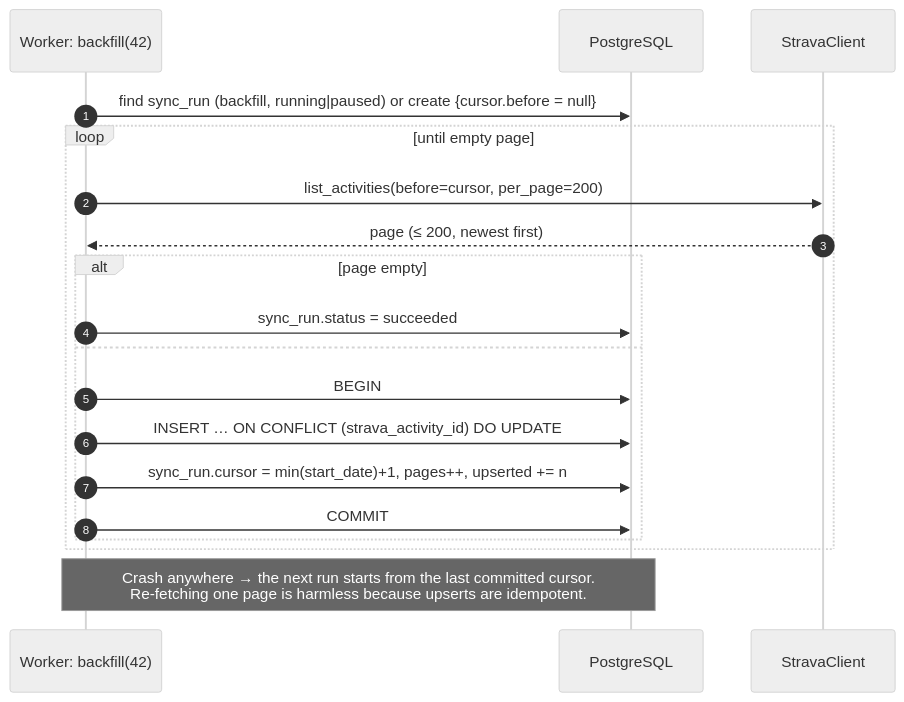
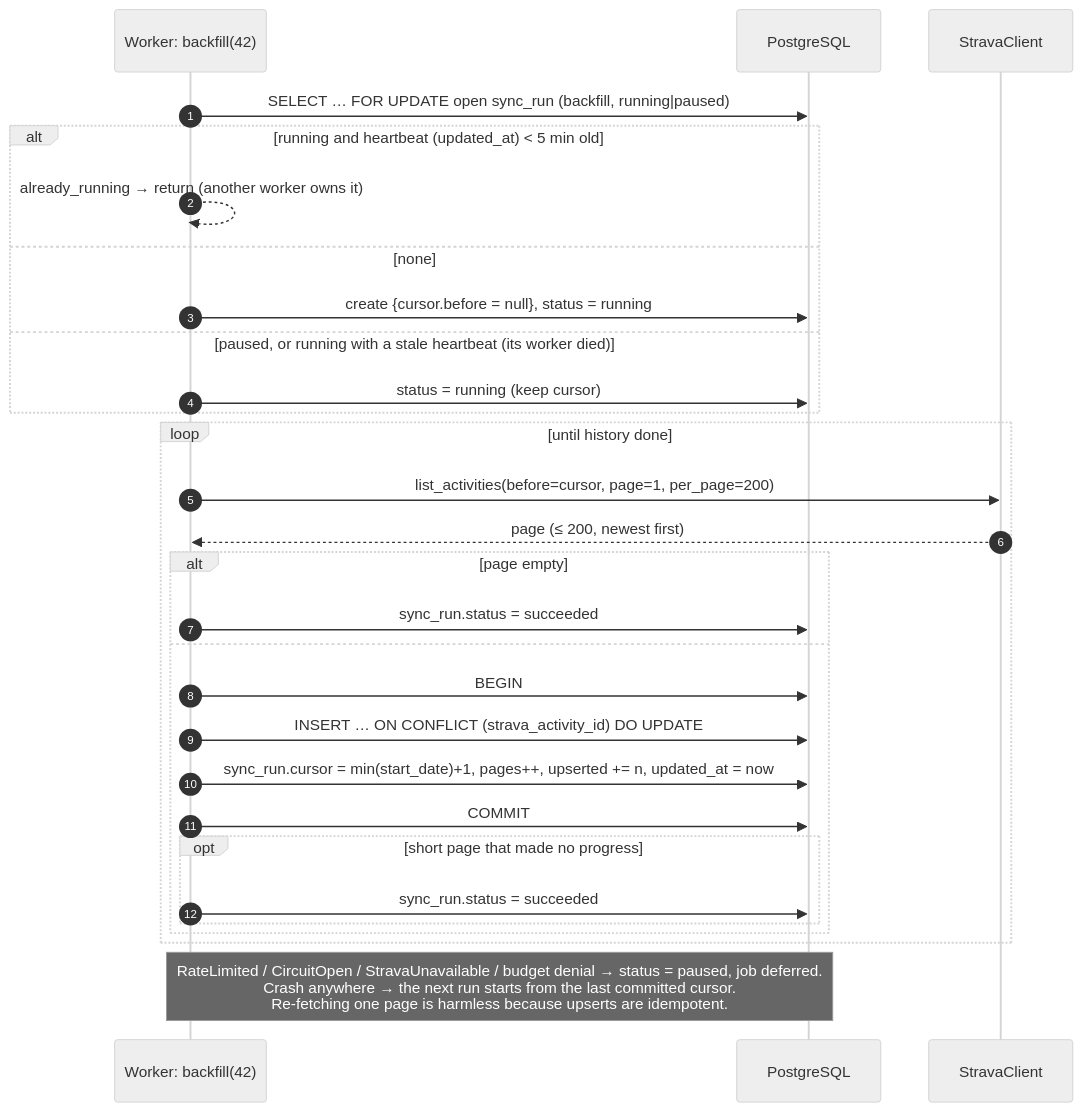
The eighth of 14 diagrams in docs/diagrams.md (umutaydins/trainsync), drawn with Mermaid (neutral theme) before and after one commit. The commit also changed other lines of this file and 3 other files, not shown here.

First line of the commit message:
add phase 2 evidence, worker kill test and diagram updates

````diff
--- a/docs/diagrams.md
+++ b/docs/diagrams.md
@@ -427,22 +427,32 @@
 ```mermaid
 sequenceDiagram
     autonumber
     participant W as Worker: backfill(42)
     participant DB as PostgreSQL
     participant C as StravaClient
 
-    W->>DB: find sync_run (backfill, running|paused) or create {cursor.before = null}
-    loop until empty page
-        W->>C: list_activities(before=cursor, per_page=200)
+    W->>DB: SELECT … FOR UPDATE open sync_run (backfill, running|paused)
+    alt running and heartbeat (updated_at) < 5 min old
+        W-->>W: already_running → return (another worker owns it)
+    else none
+        W->>DB: create {cursor.before = null}, status = running
+    else paused, or running with a stale heartbeat (its worker died)
+        W->>DB: status = running (keep cursor)
+    end
+    loop until history done
+        W->>C: list_activities(before=cursor, page=1, per_page=200)
         C-->>W: page (≤ 200, newest first)
         alt page empty
             W->>DB: sync_run.status = succeeded
         else
             W->>DB: BEGIN
             W->>DB: INSERT … ON CONFLICT (strava_activity_id) DO UPDATE
-            W->>DB: sync_run.cursor = min(start_date)+1, pages++, upserted += n
+            W->>DB: sync_run.cursor = min(start_date)+1, pages++, upserted += n, updated_at = now
             W->>DB: COMMIT
+            opt short page that made no progress
+                W->>DB: sync_run.status = succeeded
+            end
         end
     end
-    Note over W,DB: Crash anywhere → the next run starts from the last committed cursor.<br/>Re-fetching one page is harmless because upserts are idempotent.
+    Note over W,DB: RateLimited / CircuitOpen / StravaUnavailable / budget denial → status = paused, job deferred.<br/>Crash anywhere → the next run starts from the last committed cursor.<br/>Re-fetching one page is harmless because upserts are idempotent.
 ```
````
